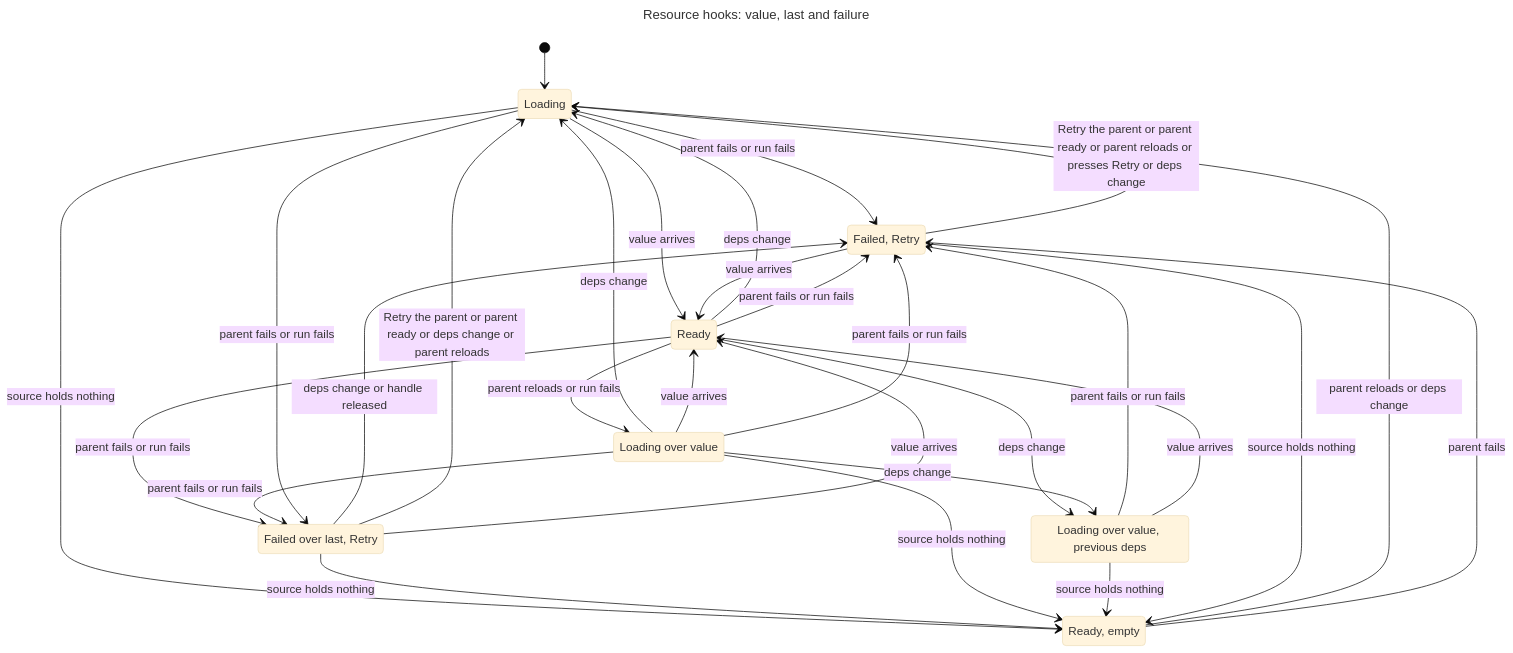
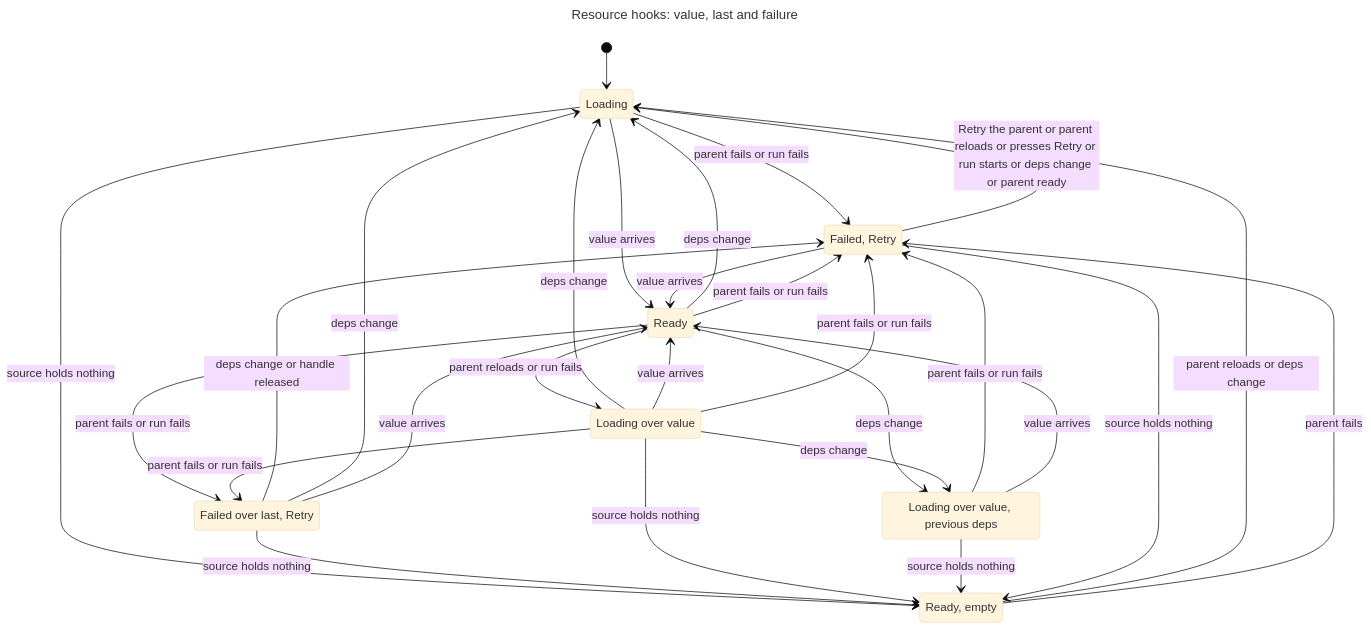
The diagram in bldr/sdk/hooks/ResourceHooks.chart.mmd (s4wave/spacewave), drawn with Mermaid (base theme) before and after one commit. The commit also changed 18 other files, not shown here.

```diff
--- a/bldr/sdk/hooks/ResourceHooks.chart.mmd
+++ b/bldr/sdk/hooks/ResourceHooks.chart.mmd
@@ -1,39 +1,38 @@
 ---
 title: "Resource hooks: value, last and failure"
 ---
 stateDiagram-v2
   s0: Loading
   s1: Failed, Retry
   s2: Ready, empty
   s3: Ready
   s4: Loading over value
   s5: Failed over last, Retry
   s6: Loading over value, previous deps
   [*] --> s0
   s0 --> s1: parent fails or run fails
-  s1 --> s0: Retry the parent or parent ready or parent reloads or presses Retry or deps change
+  s1 --> s0: Retry the parent or parent reloads or presses Retry or run starts or deps change or parent ready
   s0 --> s2: source holds nothing
   s0 --> s3: value arrives
   s2 --> s0: parent reloads or deps change
   s2 --> s1: parent fails
   s3 --> s0: deps change
   s3 --> s4: parent reloads or run fails
   s3 --> s5: parent fails or run fails
   s3 --> s6: deps change
   s4 --> s0: deps change
   s4 --> s5: parent fails or run fails
   s5 --> s1: deps change or handle released
-  s5 --> s0: Retry the parent or parent ready or deps change or parent reloads
+  s5 --> s0: deps change
   s3 --> s1: parent fails or run fails
   s6 --> s1: parent fails or run fails
   s4 --> s6: deps change
   s5 --> s2: source holds nothing
   s5 --> s3: value arrives
   s4 --> s3: value arrives
   s4 --> s2: source holds nothing
-  s0 --> s5: parent fails or run fails
   s4 --> s1: parent fails or run fails
   s6 --> s2: source holds nothing
   s6 --> s3: value arrives
   s1 --> s2: source holds nothing
   s1 --> s3: value arrives
```
